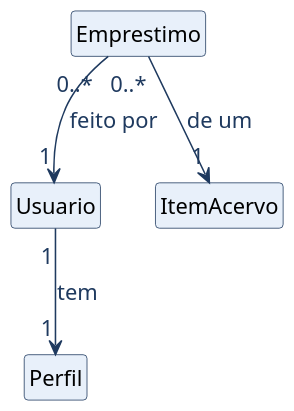
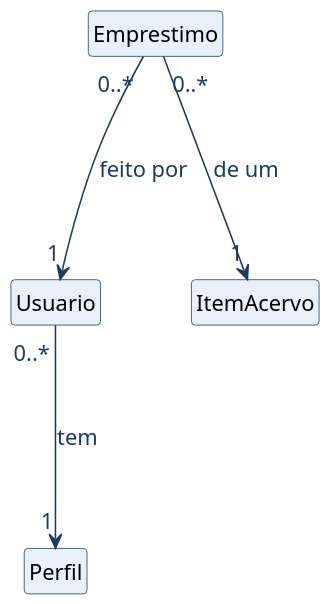
Before and after one commit to josercf/uninove-2026-2-ead-modelagem-oo: the diagram in topico-09-analise-e-projeto/modelo-de-dominio.puml, drawn with PlantUML. The commit also changed 3 other files, not shown here.

```diff
--- a/topico-09-analise-e-projeto/modelo-de-dominio.puml
+++ b/topico-09-analise-e-projeto/modelo-de-dominio.puml
@@ -1,32 +1,32 @@
 @startuml
 ' Modelo de domínio do UC01 (Realizar empréstimo). Conceitual: só nomes e associações.
 ' O teste RastreioTests confere as classes abaixo contra RASTREIO.md e contra o código.
 ' Candidatas que saíram do modelo ficam nas linhas "descartado" e na tabela de RASTREIO.md.
 skinparam backgroundColor white
 skinparam dpi 150
 skinparam defaultFontName Arial
 skinparam defaultFontSize 14
 skinparam shadowing false
 skinparam ArrowColor #1F3A5F
 skinparam ArrowFontColor #1F3A5F
 skinparam ClassBorderColor #1F3A5F
 skinparam ClassBackgroundColor #E8F0FA
 skinparam ClassFontColor #000000
 hide circle
 hide members
 
 ' descartado: Atendente : ator fora do sistema, não é classe do domínio
 ' descartado: Multa : é um estado do usuário (multa em aberto), sem comportamento próprio
 ' descartado: Pendencia : é uma consulta sobre o usuário (UC05), não guarda dados
 ' descartado: Limite : é um valor que depende do perfil, vive como atributo
 ' descartado: Reserva : pertence ao UC03, que o código ainda não implementa
 
 class Usuario
 class Perfil
 class ItemAcervo
 class Emprestimo
 
-Usuario "1" --> "1" Perfil : tem
-Emprestimo "0..*" --> "1" Usuario : feito por
-Emprestimo "0..*" --> "1" ItemAcervo : de um
+Usuario "0..*" ---> "1" Perfil : tem
+Emprestimo "0..*" ---> "1" Usuario : feito por
+Emprestimo "0..*" ---> "1" ItemAcervo : de um
 @enduml
```
